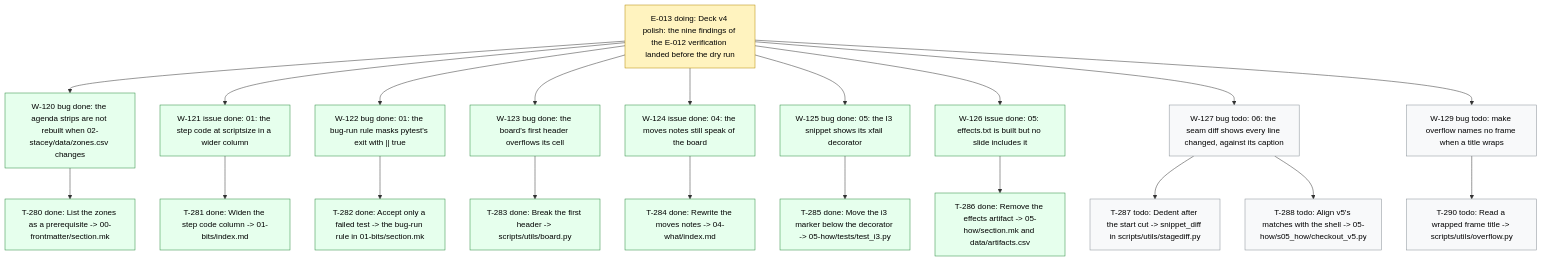
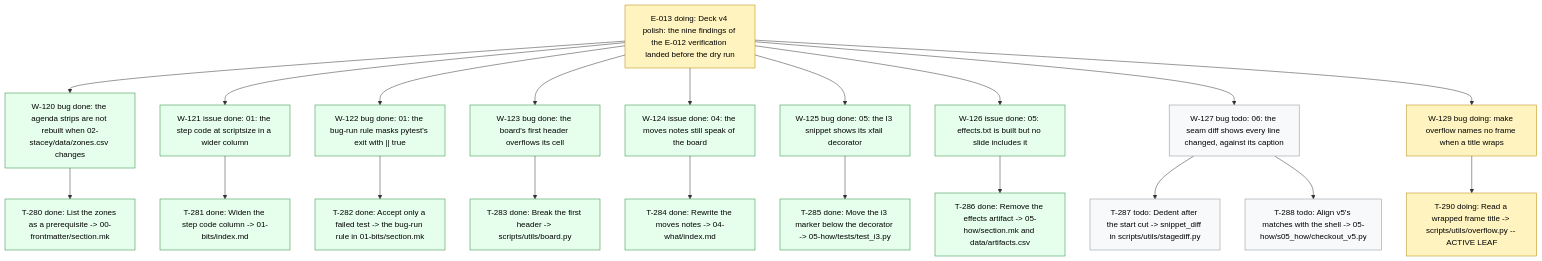
Before and after one commit to dpopchev/chaos-to-simple: the diagram in .board/BOARD.md, drawn with Mermaid. The commit also changed other lines of this file and 2 other files, not shown here.

Commit message:
chore(board): activate W-129, start T-290
Refs: W-129 T-290

````diff
--- a/.board/BOARD.md
+++ b/.board/BOARD.md
@@ -729,31 +729,31 @@
 ```mermaid
 flowchart TD
   E013["E-013 doing: Deck v4 polish: the nine findings of the E-012 verification landed before the dry run"]
   E013 --> W120["W-120 bug done: the agenda strips are not rebuilt when 02-stacey/data/zones.csv changes"]
   W120 --> T280["T-280 done: List the zones as a prerequisite -> 00-frontmatter/section.mk"]
   E013 --> W121["W-121 issue done: 01: the step code at scriptsize in a wider column"]
   W121 --> T281["T-281 done: Widen the step code column -> 01-bits/index.md"]
   E013 --> W122["W-122 bug done: 01: the bug-run rule masks pytest's exit with || true"]
   W122 --> T282["T-282 done: Accept only a failed test -> the bug-run rule in 01-bits/section.mk"]
   E013 --> W123["W-123 bug done: the board's first header overflows its cell"]
   W123 --> T283["T-283 done: Break the first header -> scripts/utils/board.py"]
   E013 --> W124["W-124 issue done: 04: the moves notes still speak of the board"]
   W124 --> T284["T-284 done: Rewrite the moves notes -> 04-what/index.md"]
   E013 --> W125["W-125 bug done: 05: the I3 snippet shows its xfail decorator"]
   W125 --> T285["T-285 done: Move the i3 marker below the decorator -> 05-how/tests/test_i3.py"]
   E013 --> W126["W-126 issue done: 05: effects.txt is built but no slide includes it"]
   W126 --> T286["T-286 done: Remove the effects artifact -> 05-how/section.mk and data/artifacts.csv"]
   E013 --> W127["W-127 bug todo: 06: the seam diff shows every line changed, against its caption"]
   W127 --> T287["T-287 todo: Dedent after the start cut -> snippet_diff in scripts/utils/stagediff.py"]
   W127 --> T288["T-288 todo: Align v5's matches with the shell -> 05-how/s05_how/checkout_v5.py"]
-  E013 --> W129["W-129 bug todo: make overflow names no frame when a title wraps"]
-  W129 --> T290["T-290 todo: Read a wrapped frame title -> scripts/utils/overflow.py"]
+  E013 --> W129["W-129 bug doing: make overflow names no frame when a title wraps"]
+  W129 --> T290["T-290 doing: Read a wrapped frame title -> scripts/utils/overflow.py -- ACTIVE LEAF"]
   classDef doing fill:#fff3bf,stroke:#b58900,color:#000;
   classDef blocked fill:#ffe3e3,stroke:#c92a2a,color:#000;
   classDef done fill:#e6ffed,stroke:#2b8a3e,color:#000;
   classDef todo fill:#f8f9fa,stroke:#868e96,color:#000;
   classDef pruned fill:#f1f3f5,stroke:#adb5bd,color:#000;
-  class E013 doing
+  class E013,W129,T290 doing
   class W120,T280,W121,T281,W122,T282,W123,T283,W124,T284,W125,T285,W126,T286 done
-  class W127,T287,T288,W129,T290 todo
+  class W127,T287,T288 todo
 ```
````
